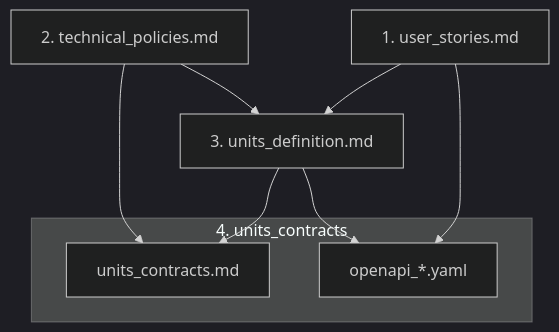
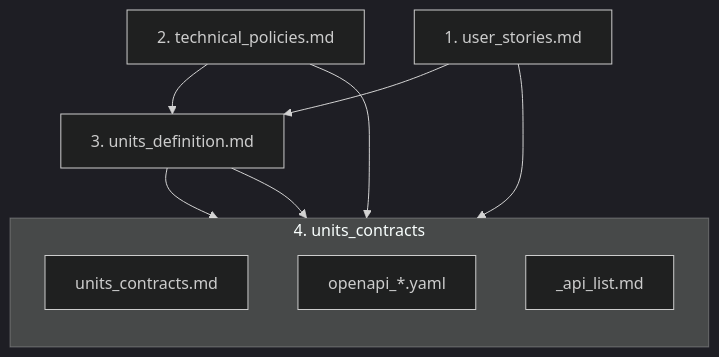
Before and after one commit to h-akira/ShogiProject2: the diagram in docs/flow.md, drawn with Mermaid (dark theme). The commit also changed other lines of this file and 5 other files, not shown here.

````diff
--- a/docs/flow.md
+++ b/docs/flow.md
@@ -9,16 +9,18 @@
 ```mermaid
 graph TD
   A[1. user_stories.md] --> C[3. units_definition.md]
   B[2. technical_policies.md] --> C
 
   C --> G
   B --> G
 
   A --> F
   C --> F
 
   subgraph D["4. units_contracts"]
+    direction TB
     G[units_contracts.md]
+    H[_api_list.md]
     F["openapi_*.yaml"]
   end
 ```
````
